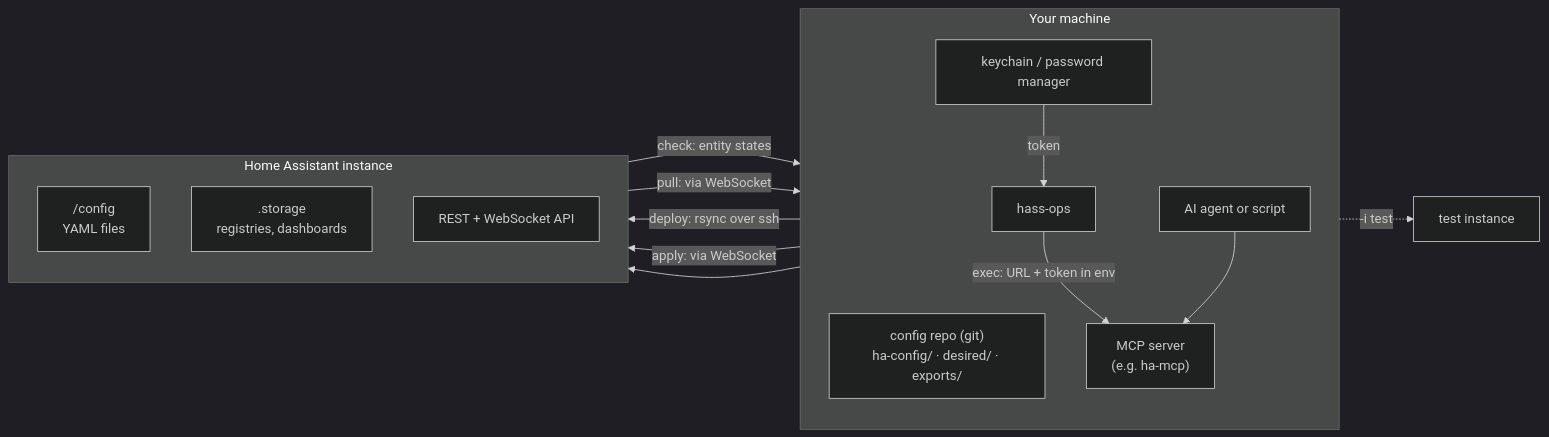
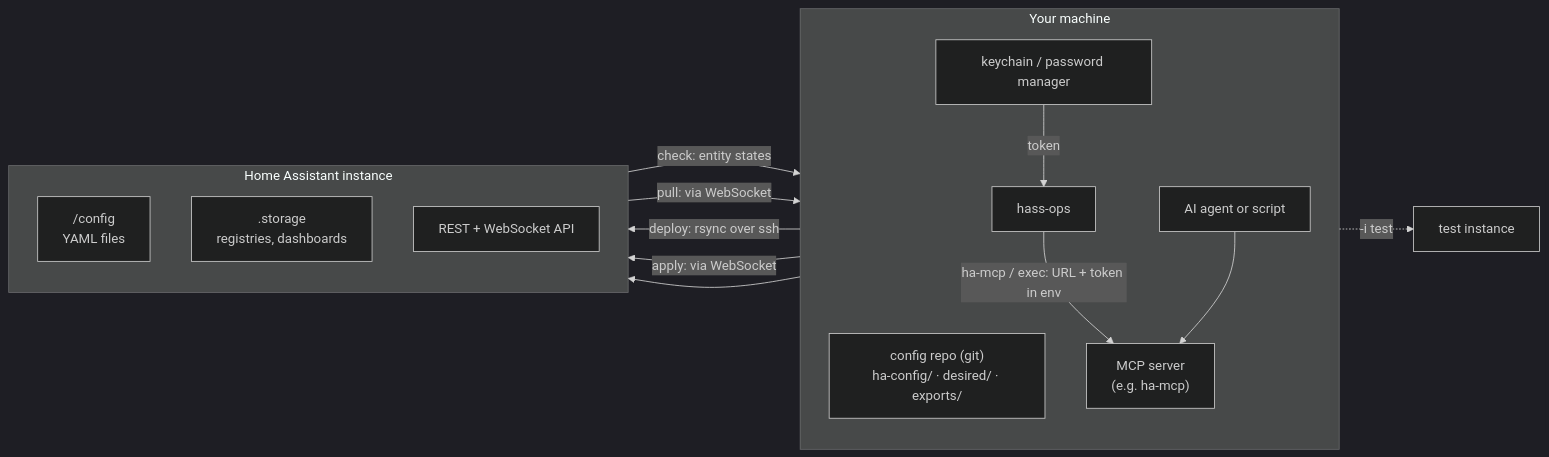
One commit to gnagy/hass-ops changed the diagram in docs/architecture.md. Above: the diagram before and after it, drawn with Mermaid (dark theme). The commit also changed other lines of this file and 8 other files, not shown here.

````diff
--- a/docs/architecture.md
+++ b/docs/architecture.md
@@ -8,27 +8,27 @@
 ```mermaid
 flowchart LR
     subgraph ws["Your machine"]
         direction TB
         repo["config repo (git)<br/>ha-config/ · desired/ · exports/"]
         tool["hass-ops"]
         keys["keychain / password manager"]
         mcp["MCP server<br/>(e.g. ha-mcp)"]
         agent["AI agent or script"]
     end
     subgraph ha["Home Assistant instance"]
         direction TB
         files["/config<br/>YAML files"]
         storage[".storage<br/>registries, dashboards"]
         api["REST + WebSocket API"]
     end
     test["test instance"]
 
     keys -- token --> tool
     repo -- "deploy: rsync over ssh" --> files
     api -- "check: entity states" --> tool
     storage -- "pull: via WebSocket" --> repo
     repo -- "apply: via WebSocket" --> storage
-    tool -- "exec: URL + token in env" --> mcp
+    tool -- "ha-mcp / exec: URL + token in env" --> mcp
     agent --> mcp --> api
     tool -. "-i test" .-> test
 ```
````
